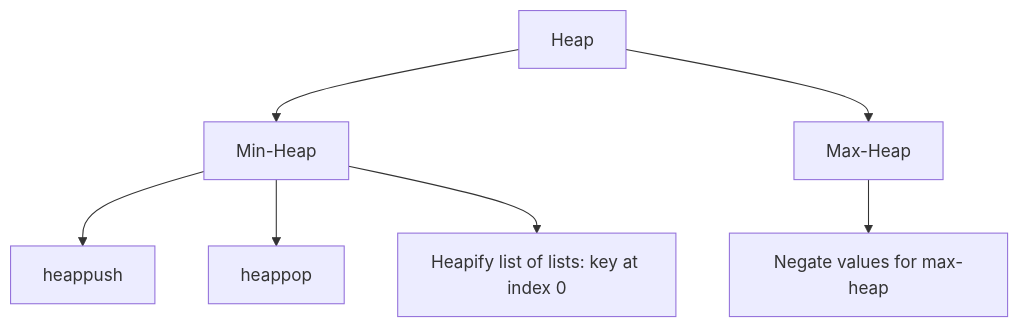
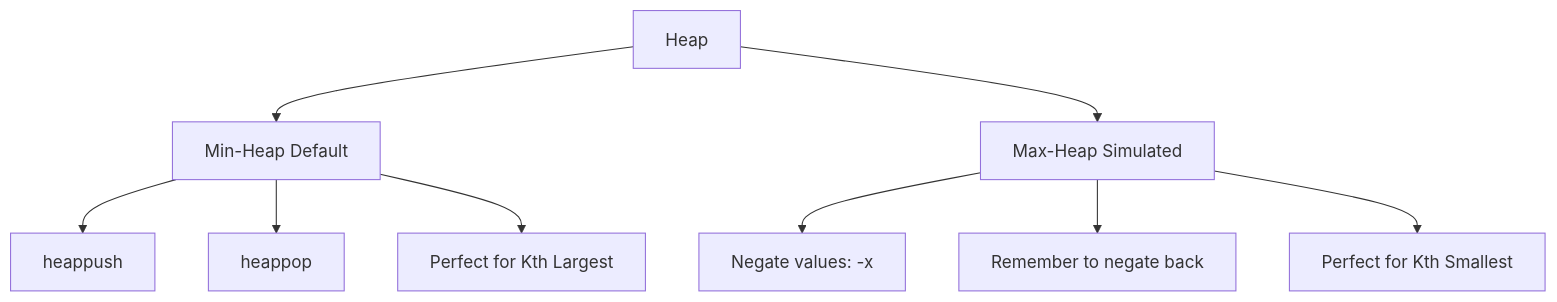
Before and after one commit to sbeeredd04/LeetCode: the eighth of 9 diagrams in Notes.md, drawn with Mermaid. The commit also changed other lines of this file and 3 other files, not shown here.

````diff
--- a/Notes.md
+++ b/Notes.md
@@ -384,9 +432,11 @@
 ```mermaid
 graph TD
-    A[Heap] --> B[Min-Heap]
-    A --> C[Max-Heap]
+    A[Heap] --> B[Min-Heap Default]
+    A --> C[Max-Heap Simulated]
     B --> D[heappush]
     B --> E[heappop]
-    C --> F[Negate values for max-heap]
-    B --> G[Heapify list of lists: key at index 0]
+    C --> F[Negate values: -x]
+    C --> G[Remember to negate back]
+    B --> H[Perfect for Kth Largest]
+    C --> I[Perfect for Kth Smallest]
 ```
````
